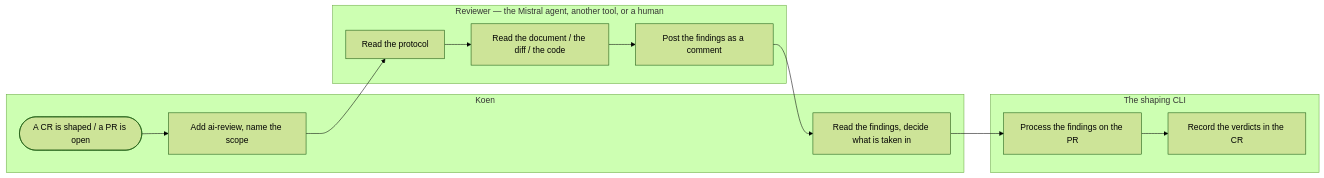
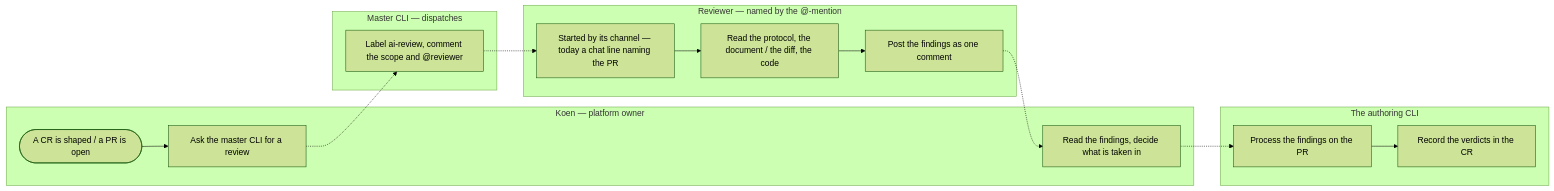
One commit to KoenRenders/KoenTest changed the third of 3 diagrams in docs/change_request_18_code_review_by_other_ai_tool.md. Above: the diagram before and after it, drawn with Mermaid (forest theme). The commit also changed other lines of this file, not shown here.

````diff
--- a/docs/change_request_18_code_review_by_other_ai_tool.md
+++ b/docs/change_request_18_code_review_by_other_ai_tool.md
@@ -170,17 +170,21 @@
 ```mermaid
 flowchart LR
-  subgraph K[Koen]
-    k1([A CR is shaped / a PR is open]) --> k2[Add ai-review, name the scope]
+  subgraph K[Koen — platform owner]
+    k1([A CR is shaped / a PR is open]) --> k2[Ask the master CLI for a review]
     k4[Read the findings, decide what is taken in]
   end
-  subgraph R[Reviewer — the Mistral agent, another tool, or a human]
-    r1[Read the protocol] --> r2[Read the document / the diff / the code]
-    r2 --> r3[Post the findings as a comment]
+  subgraph M[Master CLI — dispatches]
+    m1[Label ai-review, comment the scope and @reviewer]
   end
-  subgraph C[The shaping CLI]
+  subgraph R[Reviewer — named by the @-mention]
+    r1[Started by its channel — today a chat line naming the PR] --> r2[Read the protocol, the document / the diff, the code]
+    r2 --> r3[Post the findings as one comment]
+  end
+  subgraph C[The authoring CLI]
     c1[Process the findings on the PR] --> c2[Record the verdicts in the CR]
   end
-  k2 --> r1
-  r3 --> k4
-  k4 --> c1
+  k2 -.-> m1
+  m1 -.-> r1
+  r3 -.-> k4
+  k4 -.-> c1
 ```
````
